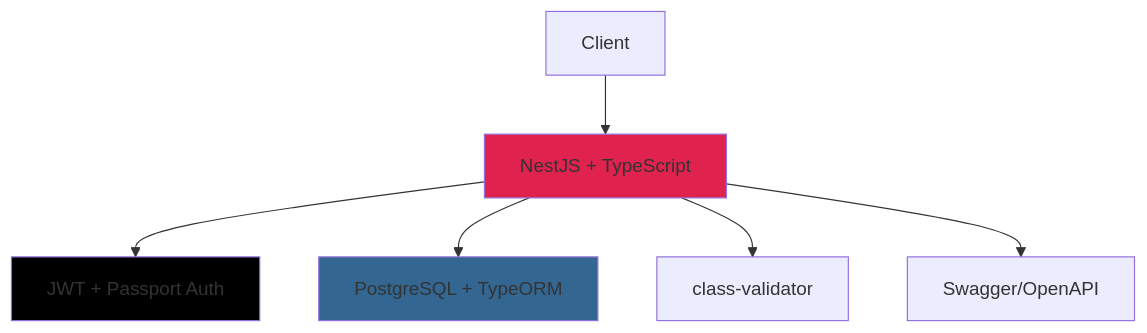
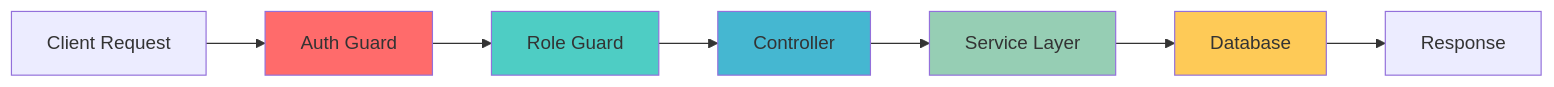
The diagram in README.md (RahulPalll/user_doc_management), drawn with Mermaid before and after one commit. The commit also changed other lines of this file and 13 other files, not shown here.

````diff
--- a/README.md
+++ b/README.md
@@ -75,12 +101,15 @@
 ```mermaid
-graph TB
-    A[Client] --> B[NestJS + TypeScript]
-    B --> C[JWT + Passport Auth]
-    B --> D[PostgreSQL + TypeORM]
-    B --> E[class-validator]
-    B --> F[Swagger/OpenAPI]
+graph LR
+    A[Client Request] --> B[Auth Guard]
+    B --> C[Role Guard] 
+    C --> D[Controller]
+    D --> E[Service Layer]
+    E --> F[Database]
+    F --> G[Response]
     
-    style B fill:#E0234E
-    style D fill:#336791
-    style C fill:#000000
+    style B fill:#ff6b6b
+    style C fill:#4ecdc4
+    style D fill:#45b7d1
+    style E fill:#96ceb4
+    style F fill:#feca57
 ```
````
